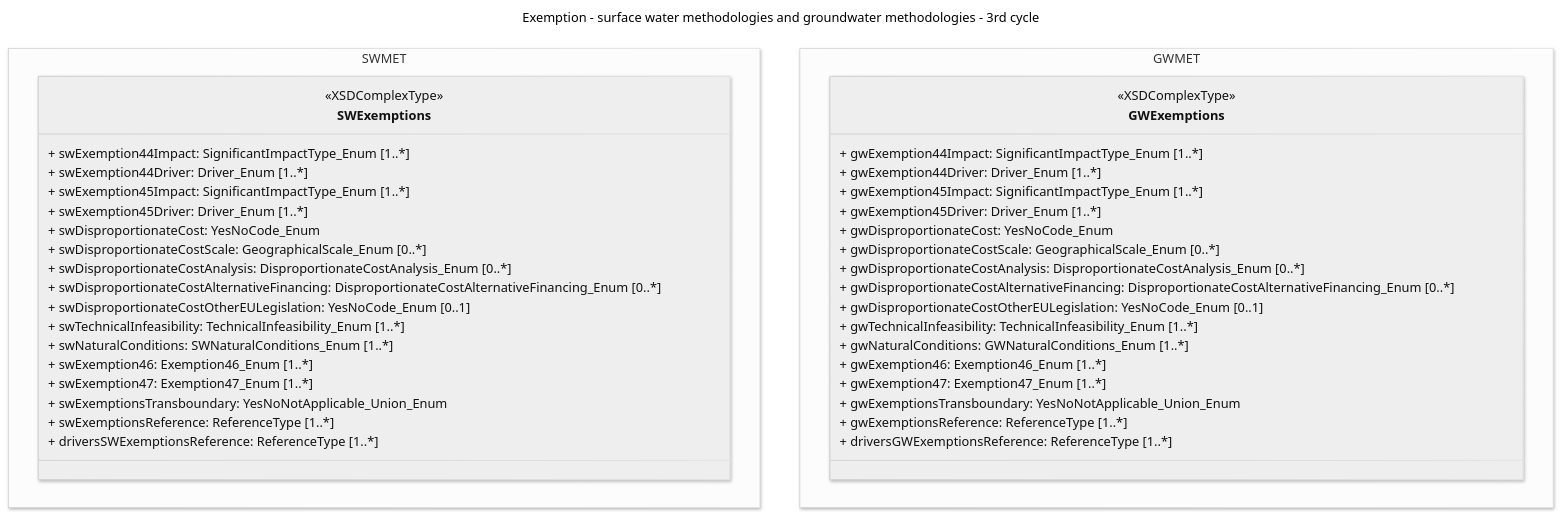
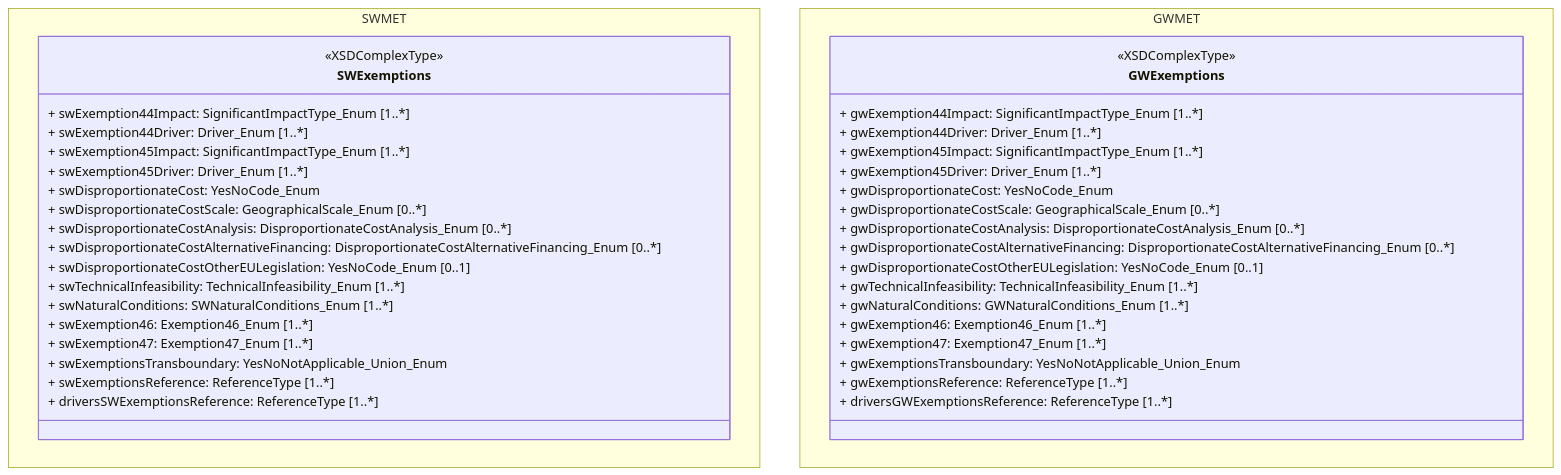
The first of 11 diagrams in docs/DataModelReview/WFDExemptions.md (eeadata/WISE.WFD.Documentation), drawn with Mermaid before and after one commit. The commit also changed other lines of this file and 1 other file, not shown here.

Commit message:
Moving the flowchart to a separate file.

````diff
--- a/docs/DataModelReview/WFDExemptions.md
+++ b/docs/DataModelReview/WFDExemptions.md
@@ -12,56 +12,46 @@
 ```{mermaid}
----
-config:
-  class:
-    hideEmptyMembersBox: true
-  layout: dagre
-  theme: neutral
-  look: neo
-title: Exemption - surface water methodologies and groundwater methodologies - 3rd cycle 
----
-
 classDiagram 
 namespace SWMET{
 class SWExemptions <<XSDComplexType>> {
   <<XSElement>>
   + swExemption44Impact: SignificantImpactType_Enum [1..*]
   + swExemption44Driver: Driver_Enum [1..*]
   + swExemption45Impact: SignificantImpactType_Enum [1..*]
   + swExemption45Driver: Driver_Enum [1..*]
   + swDisproportionateCost: YesNoCode_Enum
   + swDisproportionateCostScale: GeographicalScale_Enum [0..*]
   + swDisproportionateCostAnalysis: DisproportionateCostAnalysis_Enum [0..*]
   + swDisproportionateCostAlternativeFinancing: DisproportionateCostAlternativeFinancing_Enum [0..*]
   + swDisproportionateCostOtherEULegislation: YesNoCode_Enum [0..1]
   + swTechnicalInfeasibility: TechnicalInfeasibility_Enum [1..*]
   + swNaturalConditions: SWNaturalConditions_Enum [1..*]
   + swExemption46: Exemption46_Enum [1..*]
   + swExemption47: Exemption47_Enum [1..*]
   + swExemptionsTransboundary: YesNoNotApplicable_Union_Enum
   + swExemptionsReference: ReferenceType [1..*]
   + driversSWExemptionsReference: ReferenceType [1..*]
 }
 }
 namespace GWMET{
 class GWExemptions <<XSDComplexType>> {
   <<XSDElement>>
   + gwExemption44Impact: SignificantImpactType_Enum [1..*]
   + gwExemption44Driver: Driver_Enum [1..*]
   + gwExemption45Impact: SignificantImpactType_Enum [1..*]
   + gwExemption45Driver: Driver_Enum [1..*]
   + gwDisproportionateCost: YesNoCode_Enum
   + gwDisproportionateCostScale: GeographicalScale_Enum [0..*]
   + gwDisproportionateCostAnalysis: DisproportionateCostAnalysis_Enum [0..*]
   + gwDisproportionateCostAlternativeFinancing: DisproportionateCostAlternativeFinancing_Enum [0..*]
   + gwDisproportionateCostOtherEULegislation: YesNoCode_Enum [0..1]
   + gwTechnicalInfeasibility: TechnicalInfeasibility_Enum [1..*]
   + gwNaturalConditions: GWNaturalConditions_Enum [1..*]
   + gwExemption46: Exemption46_Enum [1..*]
   + gwExemption47: Exemption47_Enum [1..*]
   + gwExemptionsTransboundary: YesNoNotApplicable_Union_Enum
   + gwExemptionsReference: ReferenceType [1..*]
   + driversGWExemptionsReference: ReferenceType [1..*]
 }
 }
 
 ```
````
